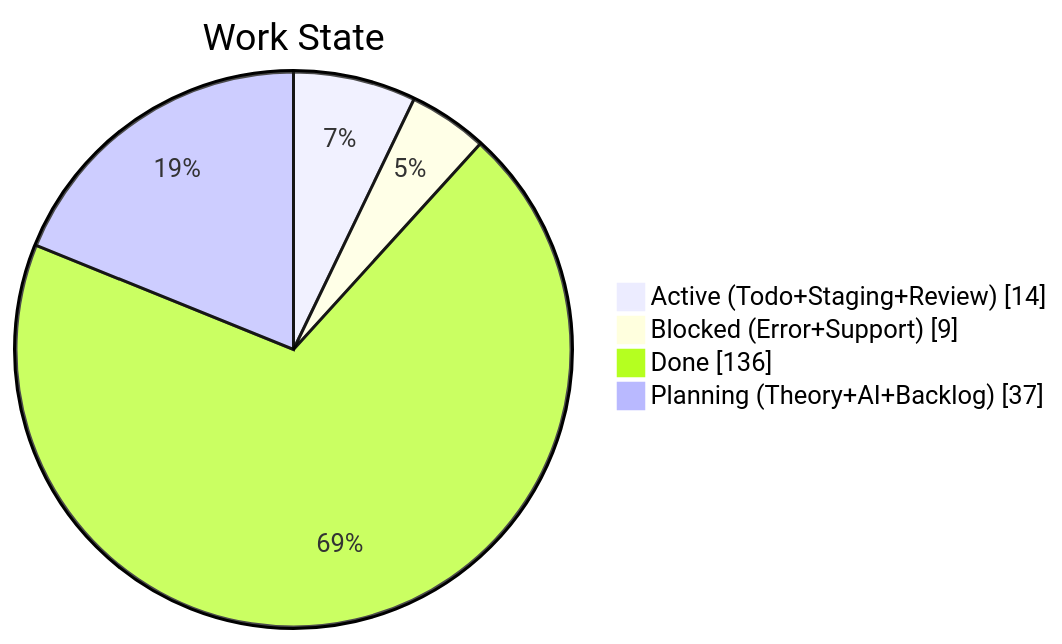
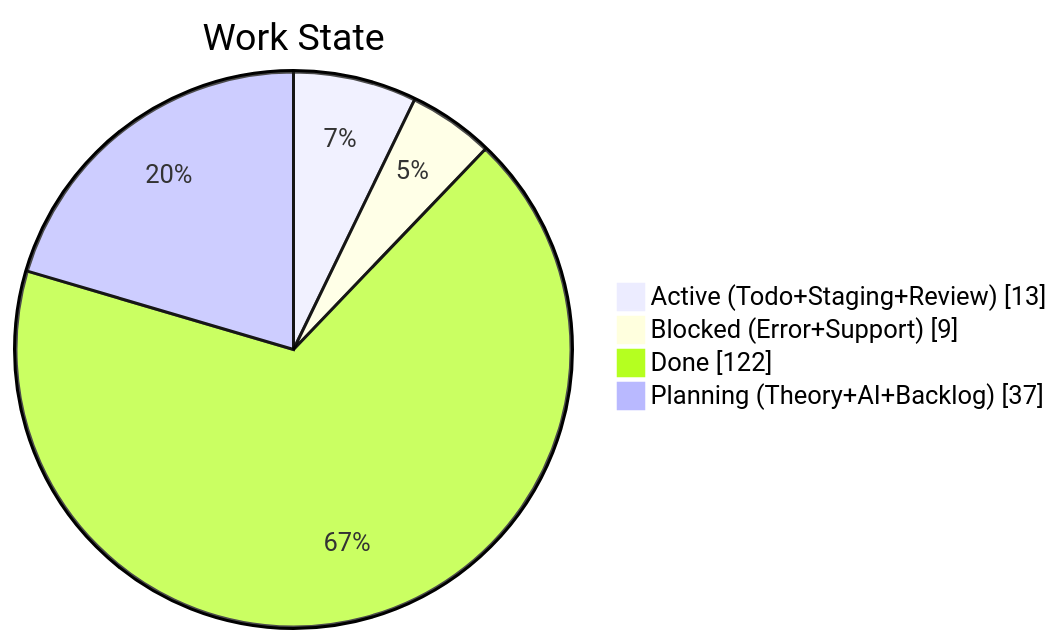
One commit to KBVE/kbve changed the second of 4 diagrams in apps/kbve/astro-kbve/src/content/docs/dashboard/kanban-data.mdx. Above: the diagram before and after it, drawn with Mermaid. The commit also changed other lines of this file and 8 other files, not shown here.

````diff
--- a/apps/kbve/astro-kbve/src/content/docs/dashboard/kanban-data.mdx
+++ b/apps/kbve/astro-kbve/src/content/docs/dashboard/kanban-data.mdx
@@ -68,8 +67,8 @@
 ```mermaid
 pie showData
     title Work State
-    "Active (Todo+Staging+Review)" : 14
+    "Active (Todo+Staging+Review)" : 13
     "Blocked (Error+Support)" : 9
-    "Done" : 136
+    "Done" : 122
     "Planning (Theory+AI+Backlog)" : 37
 ```
````
